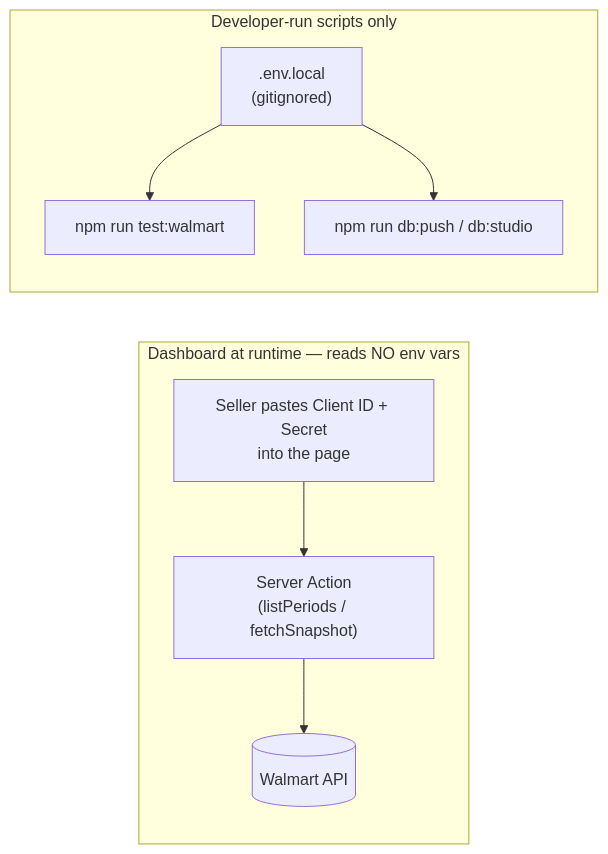
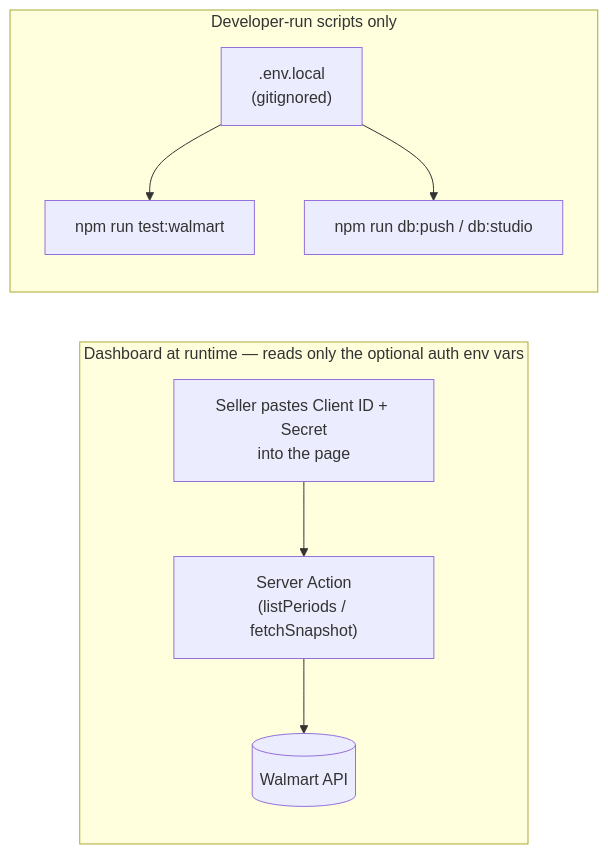
Before and after one commit to RafaelOjeda/byRaf_Distribution_Tools: the first of 2 diagrams in docs/systems/configuration-and-security.md, drawn with Mermaid. The commit also changed other lines of this file and 22 other files, not shown here.

````diff
--- a/docs/systems/configuration-and-security.md
+++ b/docs/systems/configuration-and-security.md
@@ -18,11 +19,11 @@
 ```mermaid
 flowchart LR
-    subgraph Runtime["Dashboard at runtime — reads NO env vars"]
+    subgraph Runtime["Dashboard at runtime — reads only the optional auth env vars"]
         Browser["Seller pastes Client ID + Secret\ninto the page"] --> ServerAction["Server Action\n(listPeriods / fetchSnapshot)"]
         ServerAction --> WalmartAPI[("Walmart API")]
     end
     subgraph DevScripts["Developer-run scripts only"]
         EnvFile[".env.local\n(gitignored)"] --> TestWalmart["npm run test:walmart"]
         EnvFile --> DbPush["npm run db:push / db:studio"]
     end
 ```
````
